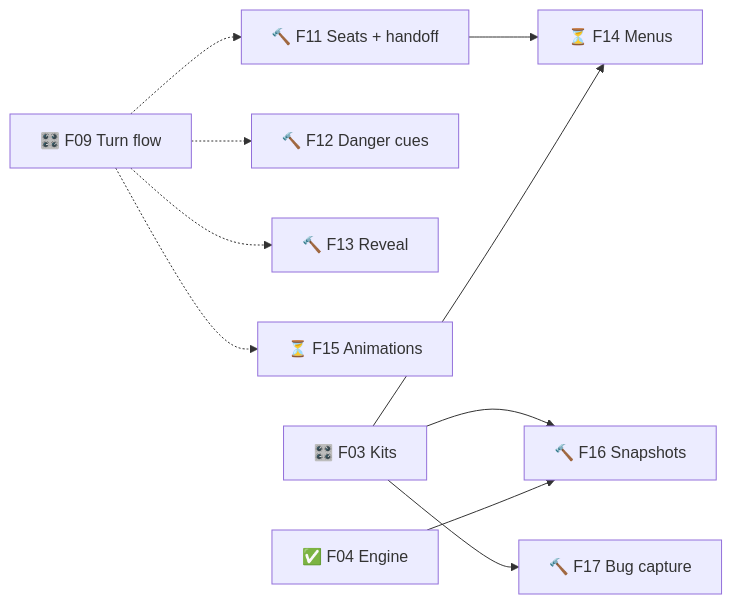
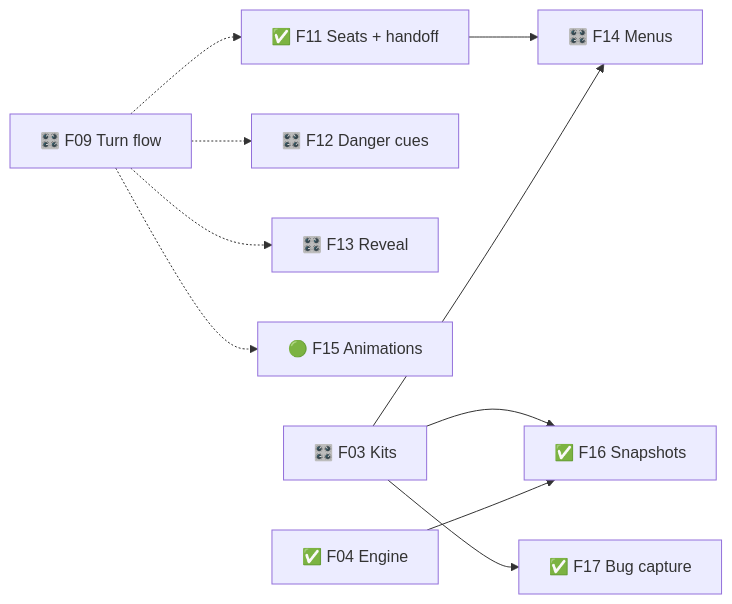
Before and after one commit to TheBlueMuzzy/Glyphtender: the third of 4 diagrams in .planning/ROADMAP.md, drawn with Mermaid. The commit also changed other lines of this file and 2 other files, not shown here.

Commit message:
Sprint 04 done — full pass-and-play game (seats, handoff, new game, danger cues, reveal, end table) + Dev Kit Snapshots & Bug capture

````diff
--- a/.planning/ROADMAP.md
+++ b/.planning/ROADMAP.md
@@ -60,12 +60,12 @@
 ```mermaid
 flowchart LR
-  F09[🎛️ F09 Turn flow] -.-> F11[🔨 F11 Seats + handoff]
-  F09 -.-> F12[🔨 F12 Danger cues]
-  F09 -.-> F13[🔨 F13 Reveal]
-  F09 -.-> F15[⏳ F15 Animations]
-  F11 --> F14[⏳ F14 Menus]
+  F09[🎛️ F09 Turn flow] -.-> F11[✅ F11 Seats + handoff]
+  F09 -.-> F12[🎛️ F12 Danger cues]
+  F09 -.-> F13[🎛️ F13 Reveal]
+  F09 -.-> F15[🟢 F15 Animations]
+  F11 --> F14[🎛️ F14 Menus]
   F03[🎛️ F03 Kits] --> F14
-  F03 --> F16[🔨 F16 Snapshots]
+  F03 --> F16[✅ F16 Snapshots]
   F04[✅ F04 Engine] --> F16
-  F03 --> F17[🔨 F17 Bug capture]
+  F03 --> F17[✅ F17 Bug capture]
 ```
````
